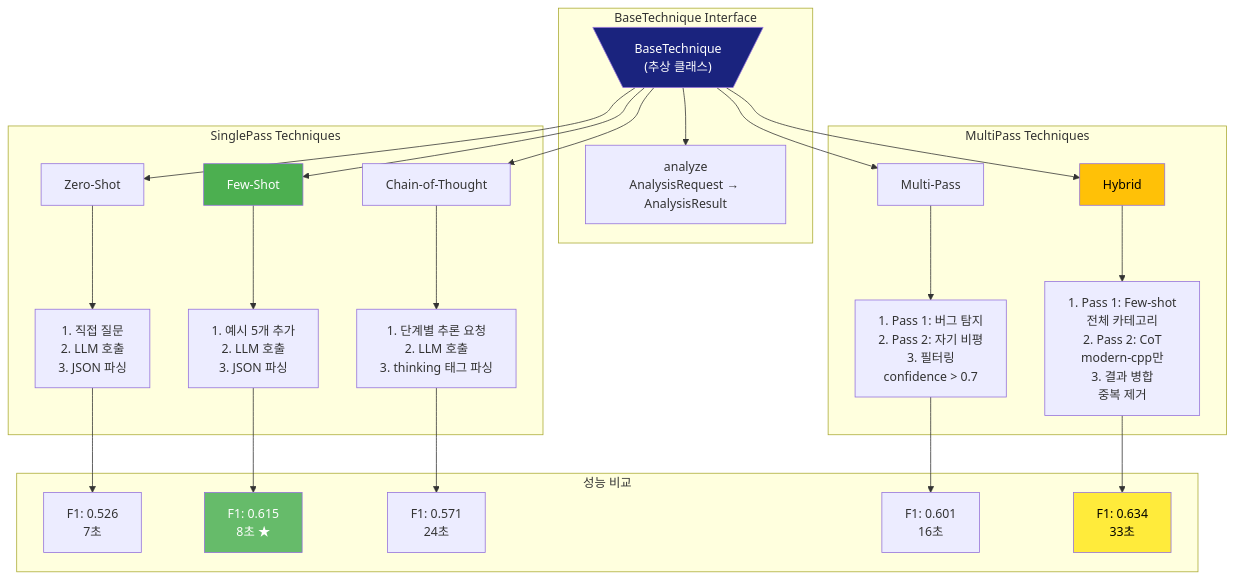
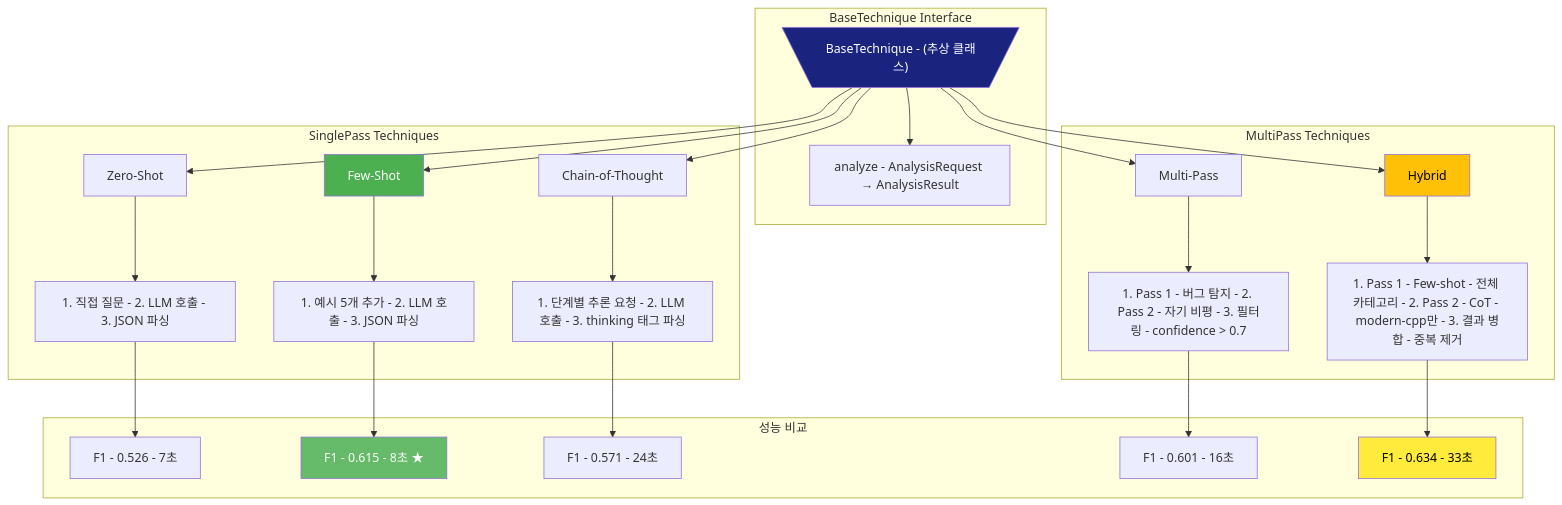
Diagram 11 of 39 in PRESENTATION.md (ApeachM/llm-code-reviewer), drawn with Mermaid before and after one commit. The commit also changed other lines of this file, not shown here.

First line of the commit message:
fix: Replace special characters in Mermaid node labels for compatibility

````diff
--- a/PRESENTATION.md
+++ b/PRESENTATION.md
@@ -454,39 +455,39 @@
 ```mermaid
 graph TB
     subgraph "BaseTechnique Interface"
-        Base[\"BaseTechnique<br/>(추상 클래스)"/]
-        Base --> Method[analyze<br/>AnalysisRequest → AnalysisResult]
+        Base[\"BaseTechnique - (추상 클래스)"/]
+        Base --> Method[analyze - AnalysisRequest → AnalysisResult]
     end
 
     subgraph "SinglePass Techniques"
         Base --> ZS[Zero-Shot]
         Base --> FS[Few-Shot]
         Base --> CoT[Chain-of-Thought]
 
-        ZS --> ZSFlow[1. 직접 질문<br/>2. LLM 호출<br/>3. JSON 파싱]
-        FS --> FSFlow[1. 예시 5개 추가<br/>2. LLM 호출<br/>3. JSON 파싱]
-        CoT --> CoTFlow[1. 단계별 추론 요청<br/>2. LLM 호출<br/>3. thinking 태그 파싱]
+        ZS --> ZSFlow[1. 직접 질문 - 2. LLM 호출 - 3. JSON 파싱]
+        FS --> FSFlow[1. 예시 5개 추가 - 2. LLM 호출 - 3. JSON 파싱]
+        CoT --> CoTFlow[1. 단계별 추론 요청 - 2. LLM 호출 - 3. thinking 태그 파싱]
     end
 
     subgraph "MultiPass Techniques"
         Base --> MP[Multi-Pass]
         Base --> Hybrid[Hybrid]
 
-        MP --> MPFlow[1. Pass 1: 버그 탐지<br/>2. Pass 2: 자기 비평<br/>3. 필터링<br/>confidence > 0.7]
-        Hybrid --> HybridFlow[1. Pass 1: Few-shot<br/>전체 카테고리<br/>2. Pass 2: CoT<br/>modern-cpp만<br/>3. 결과 병합<br/>중복 제거]
+        MP --> MPFlow[1. Pass 1 - 버그 탐지 - 2. Pass 2 - 자기 비평 - 3. 필터링 - confidence > 0.7]
+        Hybrid --> HybridFlow[1. Pass 1 - Few-shot - 전체 카테고리 - 2. Pass 2 - CoT - modern-cpp만 - 3. 결과 병합 - 중복 제거]
     end
 
     subgraph "성능 비교"
-        ZSFlow --> ZSMetric[F1: 0.526<br/>7초]
-        FSFlow --> FSMetric[F1: 0.615<br/>8초 ★]
-        CoTFlow --> CoTMetric[F1: 0.571<br/>24초]
-        MPFlow --> MPMetric[F1: 0.601<br/>16초]
-        HybridFlow --> HybridMetric[F1: 0.634<br/>33초]
+        ZSFlow --> ZSMetric[F1 - 0.526 - 7초]
+        FSFlow --> FSMetric[F1 - 0.615 - 8초 ★]
+        CoTFlow --> CoTMetric[F1 - 0.571 - 24초]
+        MPFlow --> MPMetric[F1 - 0.601 - 16초]
+        HybridFlow --> HybridMetric[F1 - 0.634 - 33초]
     end
 
     style Base fill:#1a237e,color:#fff
     style FS fill:#4caf50,color:#fff
     style FSMetric fill:#66bb6a,color:#fff
     style Hybrid fill:#ffc107,color:#000
     style HybridMetric fill:#ffeb3b,color:#000
 ```
````
